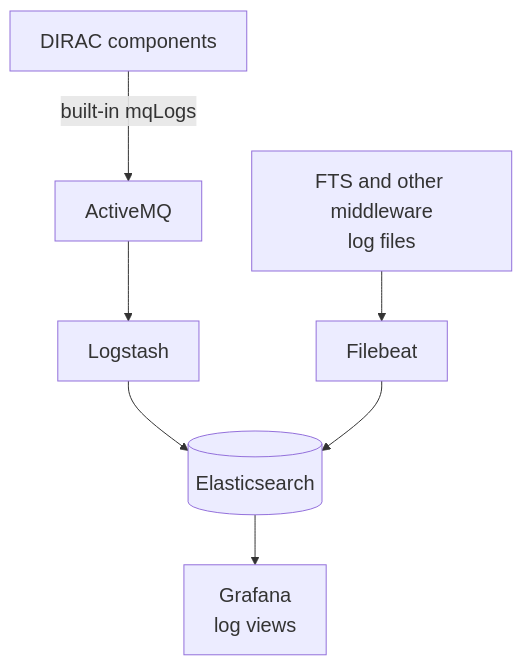
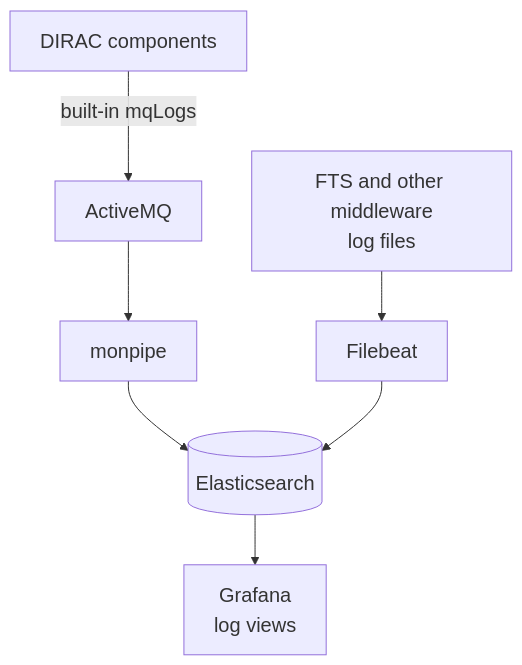
Before and after one commit to hanx-hep/2026-cepc-dci: the fourth of 5 diagrams in slides.md, drawn with Mermaid. The commit also changed other lines of this file and 1 other file, not shown here.

Commit message:
fix: update monpipe routing and expand service monitoring coverage

````diff
--- a/slides.md
+++ b/slides.md
@@ -339,8 +341,8 @@
 ```mermaid {scale: 0.53}
 %%{init: {"themeVariables": {"fontSize": "20px"}}}%%
 flowchart TB
     A[DIRAC components] -->|built-in mqLogs| MQ[ActiveMQ]
-    MQ --> LS[Logstash] --> E[(Elasticsearch)]
+    MQ --> MP[monpipe] --> E[(Elasticsearch)]
     B[FTS and other middleware<br/>log files] --> C[Filebeat] --> E
     E --> D[Grafana<br/>log views]
 ```
````
